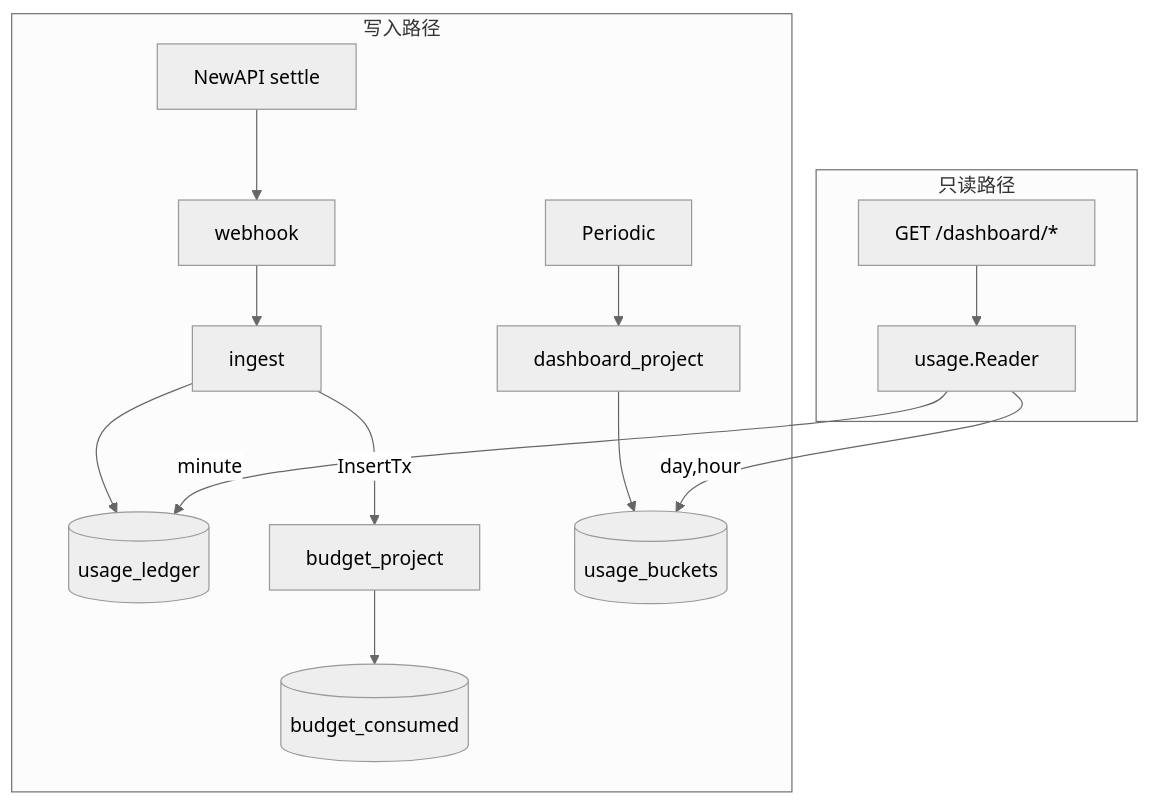
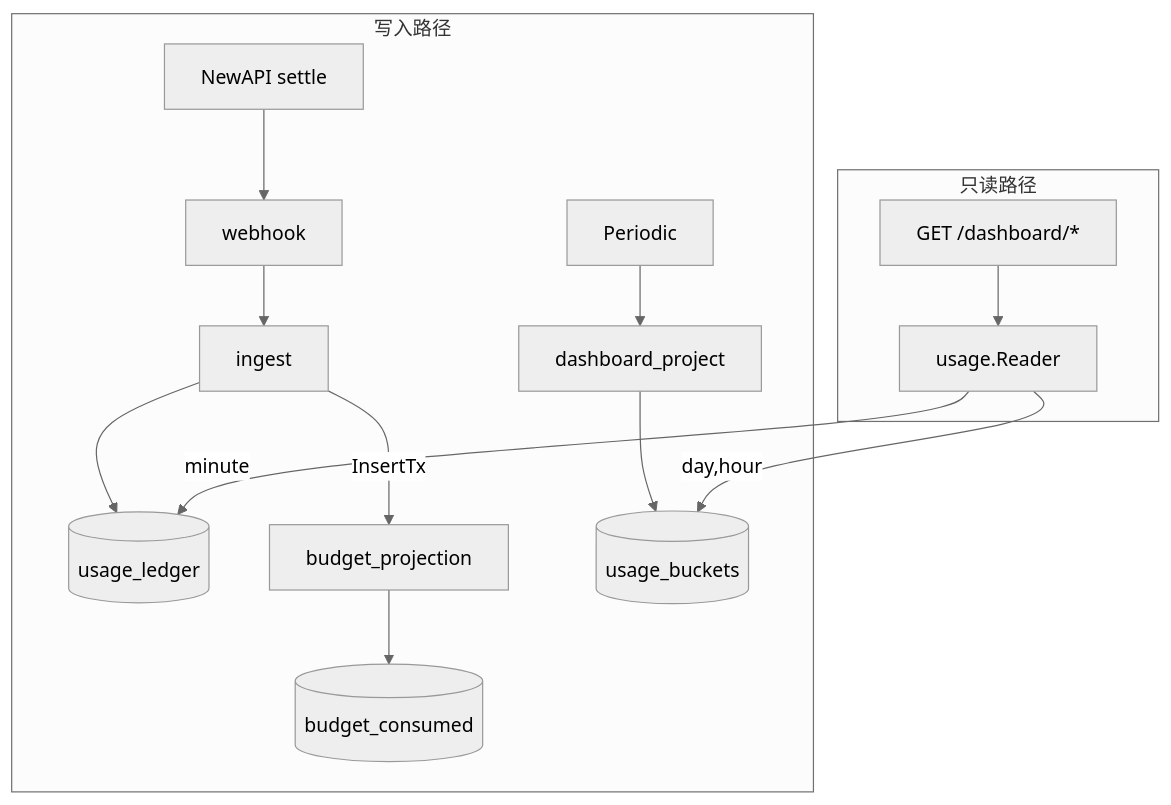
The sixth of 6 diagrams in docs/Backend-架构.md (quyip8818/mytokenjoy), drawn with Mermaid (neutral theme) before and after one commit. The commit also changed other lines of this file and 175 other files, not shown here.

````diff
--- a/docs/Backend-架构.md
+++ b/docs/Backend-架构.md
@@ -459,16 +459,16 @@
 ```mermaid
 flowchart TB
   subgraph write [写入路径]
     NA[NewAPI settle] --> WH[webhook] --> ING[ingest]
     ING --> UL[(usage_ledger)]
-    ING -->|InsertTx| BP[budget_project]
+    ING -->|InsertTx| BP[budget_projection]
     BP --> BC[(budget_consumed)]
     PER[Periodic] --> DP[dashboard_project] --> UB[(usage_buckets)]
   end
   subgraph read [只读路径]
     API["GET /dashboard/*"]
     API --> RDR[usage.Reader]
     RDR -->|day,hour| UB
     RDR -->|minute| UL
   end
 ```
````
